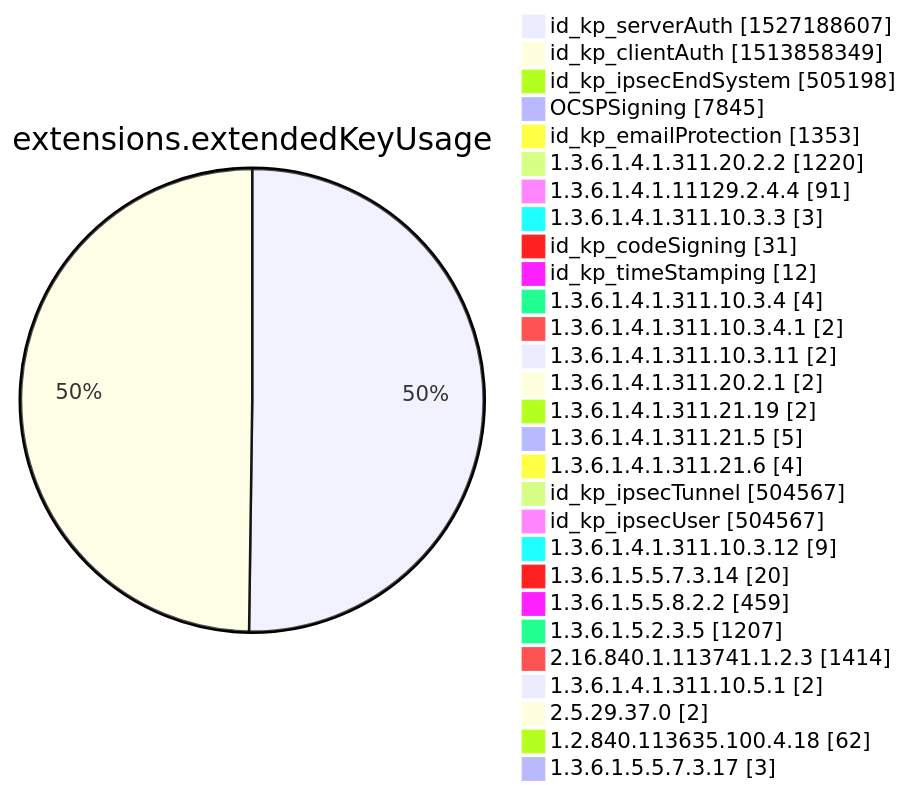
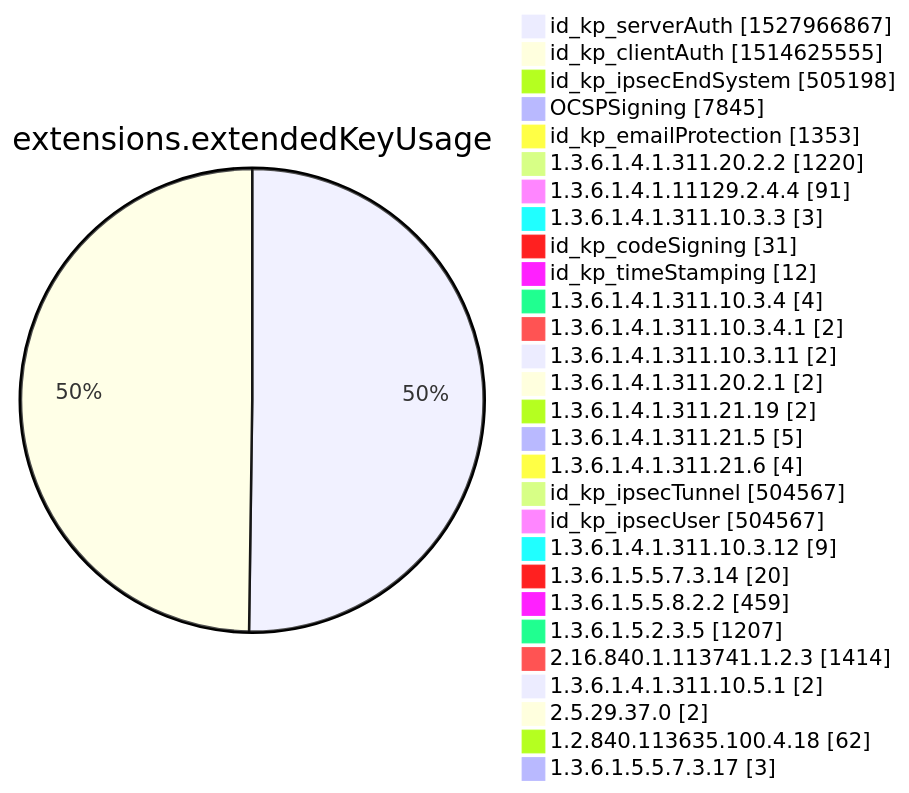
One commit to christiankrug/ctmonitor_visualization changed diagram 12 of 15 in xenon2022/README.md. Above: the diagram before and after it, drawn with Mermaid. The commit also changed other lines of this file, not shown here.

````diff
--- a/xenon2022/README.md
+++ b/xenon2022/README.md
@@ -3878,32 +3878,32 @@
 ```mermaid
 pie showData
 title extensions.extendedKeyUsage
-"id_kp_serverAuth" :1527188607
-"id_kp_clientAuth" :1513858349
+"id_kp_serverAuth" :1527966867
+"id_kp_clientAuth" :1514625555
 "id_kp_ipsecEndSystem" :505198
 "OCSPSigning" :7845
 "id_kp_emailProtection" :1353
 "1.3.6.1.4.1.311.20.2.2" :1220
 "1.3.6.1.4.1.11129.2.4.4" :91
 "1.3.6.1.4.1.311.10.3.3" :3
 "id_kp_codeSigning" :31
 "id_kp_timeStamping" :12
 "1.3.6.1.4.1.311.10.3.4" :4
 "1.3.6.1.4.1.311.10.3.4.1" :2
 "1.3.6.1.4.1.311.10.3.11" :2
 "1.3.6.1.4.1.311.20.2.1" :2
 "1.3.6.1.4.1.311.21.19" :2
 "1.3.6.1.4.1.311.21.5" :5
 "1.3.6.1.4.1.311.21.6" :4
 "id_kp_ipsecTunnel" :504567
 "id_kp_ipsecUser" :504567
 "1.3.6.1.4.1.311.10.3.12" :9
 "1.3.6.1.5.5.7.3.14" :20
 "1.3.6.1.5.5.8.2.2" :459
 "1.3.6.1.5.2.3.5" :1207
 "2.16.840.1.113741.1.2.3" :1414
 "1.3.6.1.4.1.311.10.5.1" :2
 "2.5.29.37.0" :2
 "1.2.840.113635.100.4.18" :62
 "1.3.6.1.5.5.7.3.17" :3
 ```
````
